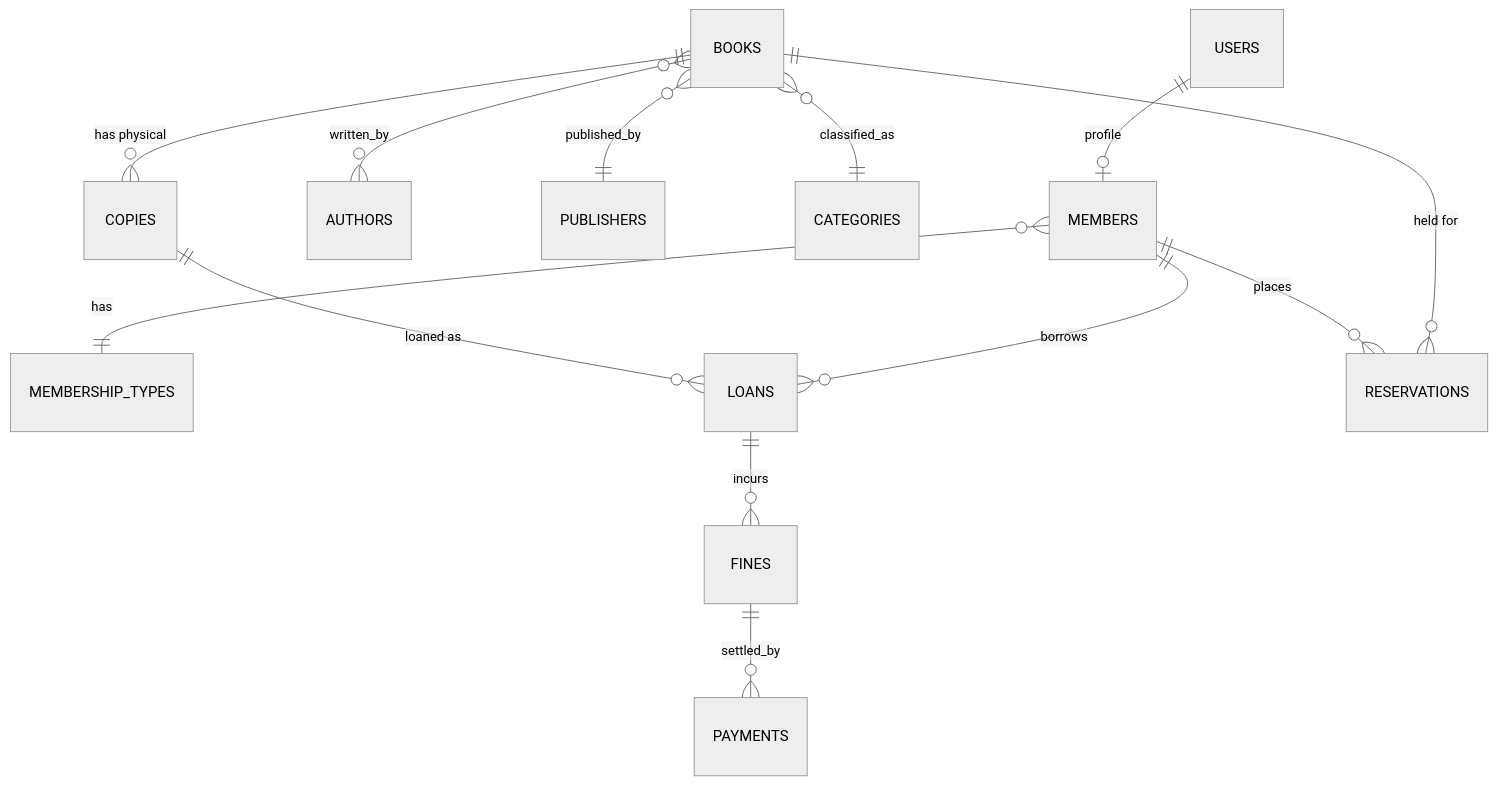
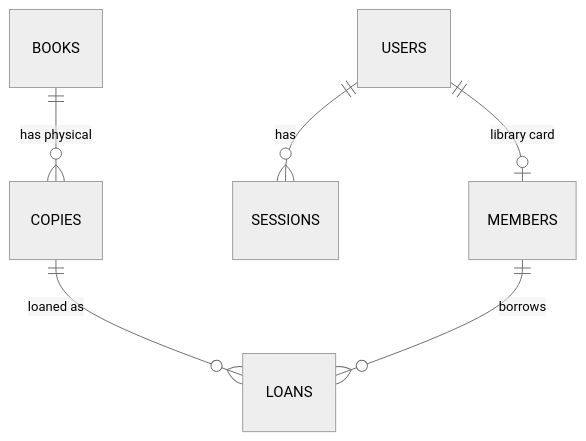
The diagram in PLAN.md (utshojoy1/library-managment), drawn with Mermaid (neutral theme) before and after one commit. The commit also changed other lines of this file and 47 other files, not shown here.

````diff
--- a/PLAN.md
+++ b/PLAN.md
@@ -77,15 +110,8 @@
 ```mermaid
 erDiagram
-  USERS ||--o| MEMBERS : "profile"
-  MEMBERS }o--|| MEMBERSHIP_TYPES : has
-  BOOKS }o--o{ AUTHORS : written_by
-  BOOKS }o--|| PUBLISHERS : published_by
-  BOOKS }o--|| CATEGORIES : classified_as
+  USERS ||--o| MEMBERS : "library card"
+  USERS ||--o{ SESSIONS : "has"
   BOOKS ||--o{ COPIES : "has physical"
   COPIES ||--o{ LOANS : "loaned as"
   MEMBERS ||--o{ LOANS : borrows
-  MEMBERS ||--o{ RESERVATIONS : places
-  BOOKS ||--o{ RESERVATIONS : "held for"
-  LOANS ||--o{ FINES : incurs
-  FINES ||--o{ PAYMENTS : settled_by
 ```
````
